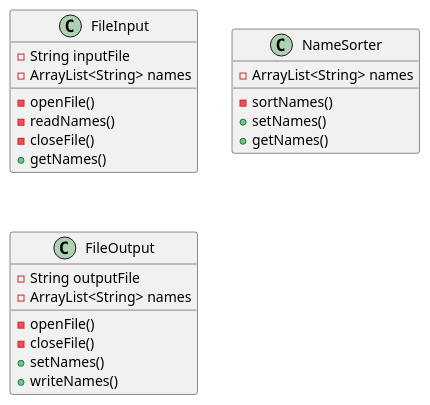
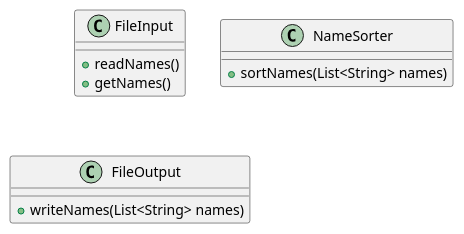
One commit to BlakeLoch/lochmandy-a04 changed the diagram in exercise41/docs/ClassDiagram.puml. Above: the diagram before and after it, drawn with PlantUML. The commit also changed 11 other files, not shown here.

```diff
--- a/exercise41/docs/ClassDiagram.puml
+++ b/exercise41/docs/ClassDiagram.puml
@@ -1,29 +1,17 @@
 @startuml
 
 class FileInput {
-  -String inputFile
-  -ArrayList<String> names
-  -openFile()
-  -readNames()
-  -closeFile()
+  +readNames()
   +getNames()
 }
 
 class NameSorter {
-  -ArrayList<String> names
-  -sortNames()
-  +setNames()
-  +getNames()
+  +sortNames(List<String> names)
 }
 
 class FileOutput {
-  -String outputFile
-  -ArrayList<String> names
-  -openFile()
-  -closeFile()
-  +setNames()
-  +writeNames()
+  +writeNames(List<String> names)
 }
 
 
 @enduml
```
